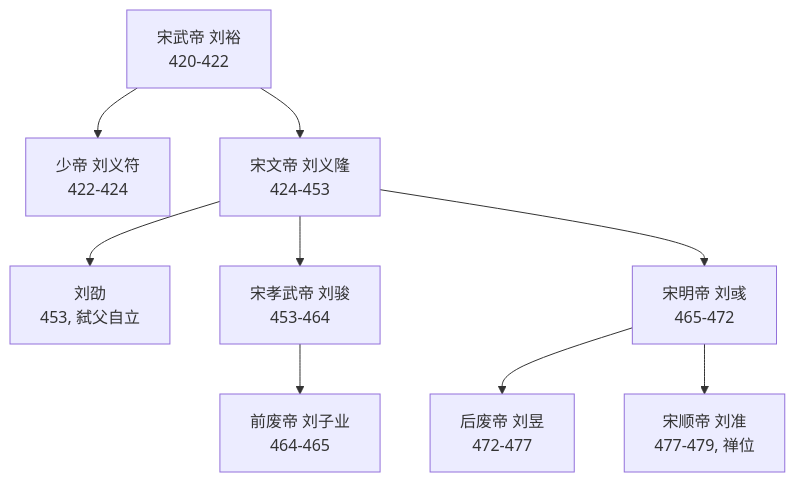
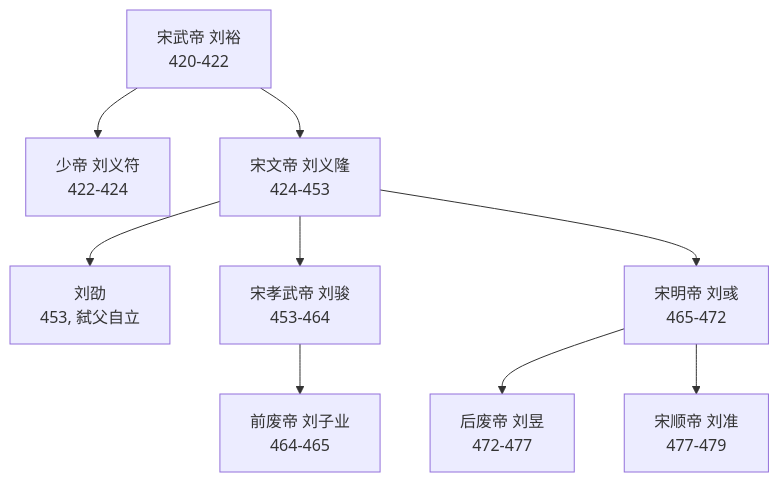
Before and after one commit to leafevans/leafevans.github.io: the diagram in content/posts/liu-song-dynasty.md, drawn with Mermaid. The commit also changed 1 other file, not shown here.

Commit message:
fix: mermaid - use \n instead of multiline strings

```diff
--- a/content/posts/liu-song-dynasty.md
+++ b/content/posts/liu-song-dynasty.md
@@ -134,20 +134,11 @@
 {{< mermaid >}}
 graph TD
-    A["宋武帝 刘裕
-    420-422"] --> B["少帝 刘义符
-    422-424"]
-    A --> C["宋文帝 刘义隆
-    424-453"]
-    C --> D["刘劭
-    453, 弑父自立"]
-    C --> E["宋孝武帝 刘骏
-    453-464"]
-    E --> F["前废帝 刘子业
-    464-465"]
-    C --> G["宋明帝 刘彧
-    465-472"]
-    G --> H["后废帝 刘昱
-    472-477"]
-    G --> I["宋顺帝 刘准
-    477-479, 禅位"]
+    A["宋武帝 刘裕\n420-422"] --> B["少帝 刘义符\n422-424"]
+    A --> C["宋文帝 刘义隆\n424-453"]
+    C --> D["刘劭\n453, 弑父自立"]
+    C --> E["宋孝武帝 刘骏\n453-464"]
+    E --> F["前废帝 刘子业\n464-465"]
+    C --> G["宋明帝 刘彧\n465-472"]
+    G --> H["后废帝 刘昱\n472-477"]
+    G --> I["宋顺帝 刘准\n477-479"]
 {{< /mermaid >}}
```
